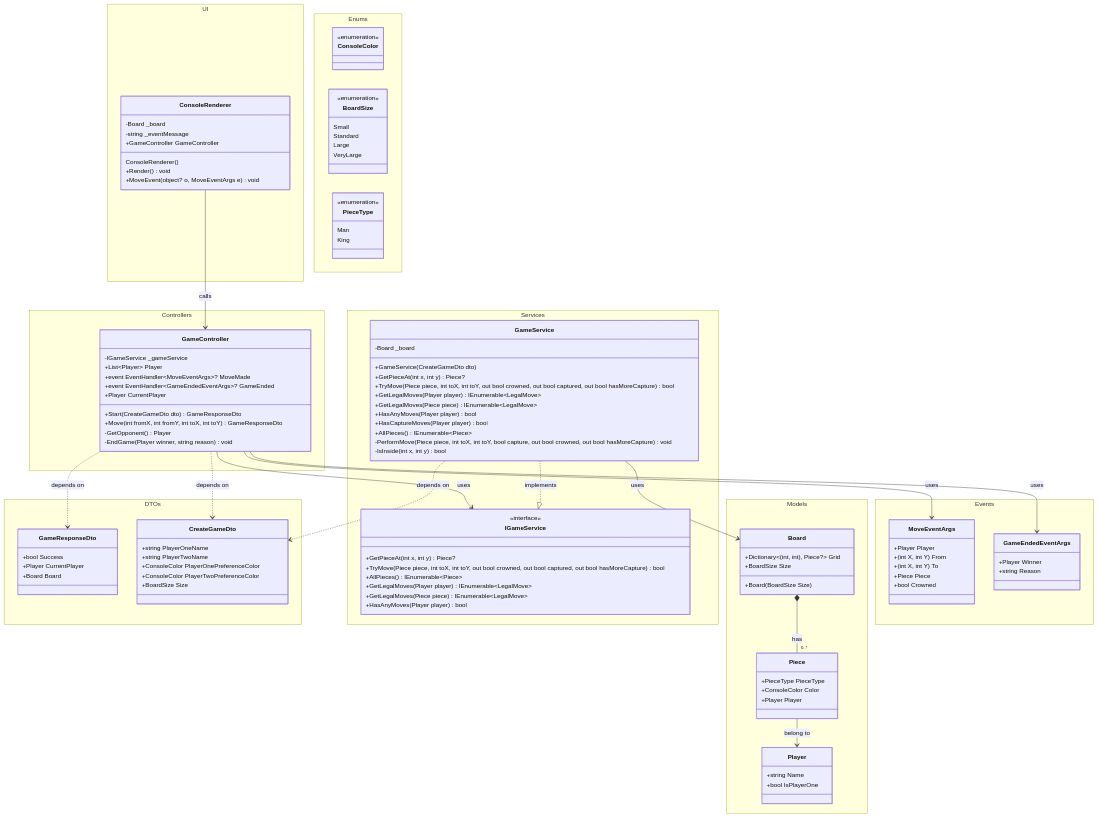
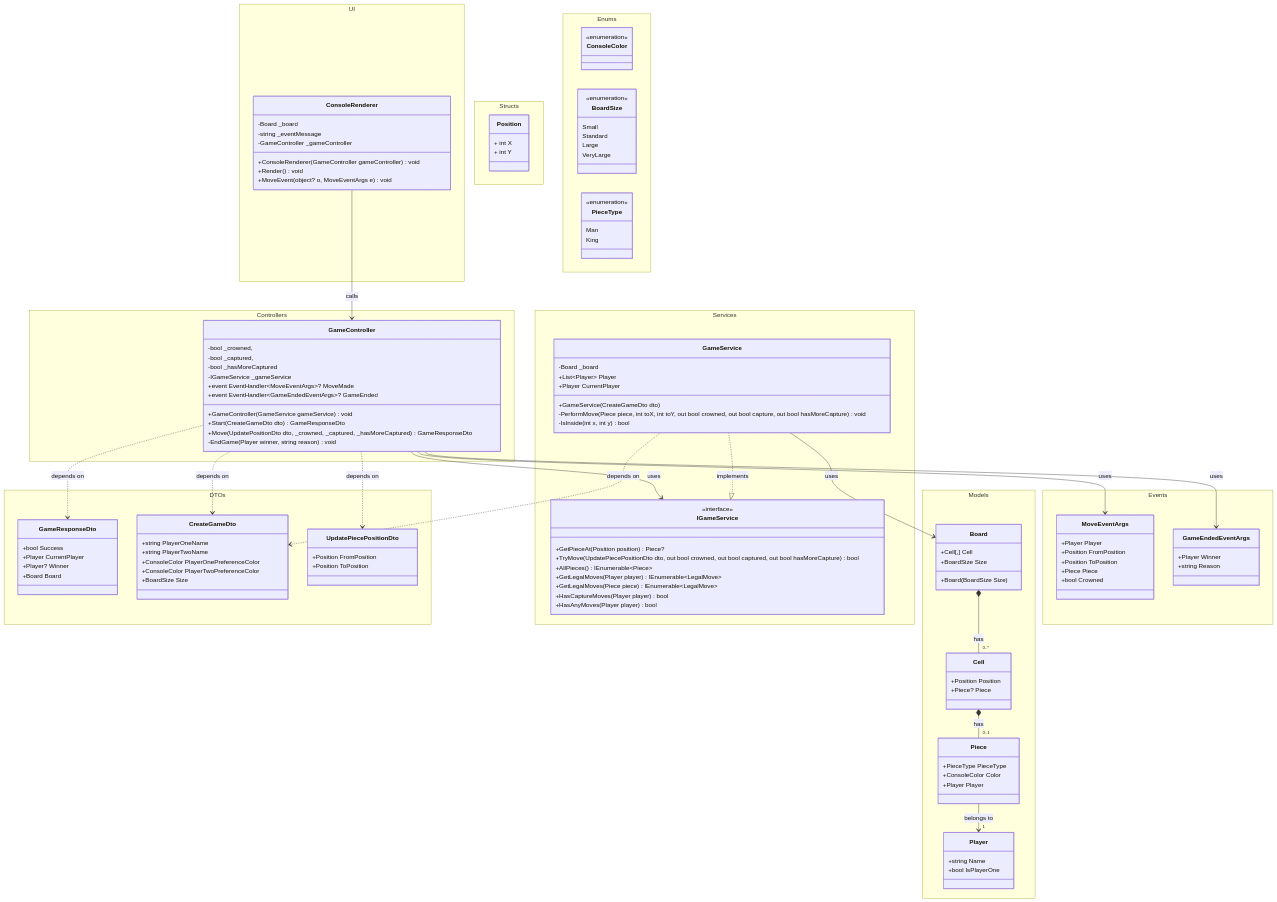
Before and after one commit to BukanRaychan/Formulatrix_CS_Bootcamp_Batch19: the diagram in CheckersBoardGame/CheckersBoardGame.mmd, drawn with Mermaid. The commit also changed 1 other file, not shown here.

Commit message:
fix: update Player and Piece classes to accept parameters for initialization and improve dictionary population in Ngulik

```diff
--- a/CheckersBoardGame/CheckersBoardGame.mmd
+++ b/CheckersBoardGame/CheckersBoardGame.mmd
@@ -1,133 +1,151 @@
 classDiagram
     namespace UI {
         class ConsoleRenderer {
             -Board _board
             -string _eventMessage
-            +GameController GameController
-            ConsoleRenderer()
+            -GameController _gameController
+            +ConsoleRenderer(GameController gameController) void
             +Render() void
             +MoveEvent(object? o, MoveEventArgs e) void
         }
     }
 
     namespace DTOs {
         class GameResponseDto {
             +bool Success
             +Player CurrentPlayer
+            +Player? Winner
             +Board Board 
         }
 
         class CreateGameDto {
             +string PlayerOneName
             +string PlayerTwoName
             +ConsoleColor PlayerOnePreferenceColor
             +ConsoleColor PlayerTwoPreferenceColor
             +BoardSize Size
         }
+
+        class UpdatePiecePositionDto {
+            +Position FromPosition
+            +Position ToPosition
+        }
     }
 
     namespace Controllers {
         class GameController {
+            -bool _crowned,
+            -bool _captured,
+            -bool _hasMoreCaptured
             -IGameService _gameService            
-            +List~Player~ Player
             +event EventHandler~MoveEventArgs~? MoveMade
             +event EventHandler~GameEndedEventArgs~? GameEnded
-            +Player CurrentPlayer
+            +GameController(GameService gameService) void
             +Start(CreateGameDto dto) GameResponseDto
-            +Move(int fromX, int fromY, int toX, int toY) GameResponseDto
-            -GetOpponent() Player
+            +Move(UpdatePositionDto dto, _crowned, _captured, _hasMoreCaptured) GameResponseDto
             -EndGame(Player winner, string reason) void
         }
     }
     
     namespace Services {
         class IGameService {
             <<interface>>
-            +GetPieceAt(int x, int y) Piece?
-            +TryMove(Piece piece, int toX, int toY, out bool crowned, out bool captured, out bool hasMoreCapture) bool
+            +GetPieceAt(Position position) Piece?
+            +TryMove(UpdatePiecePositionDto dto, out bool crowned, out bool captured, out bool hasMoreCapture) bool
             +AllPieces() IEnumerable~Piece~
             +GetLegalMoves(Player player) IEnumerable~LegalMove~
             +GetLegalMoves(Piece piece) IEnumerable~LegalMove~
+            +HasCaptureMoves(Player player) bool
             +HasAnyMoves(Player player) bool
         }
         
         class GameService {
             -Board _board
+            +List~Player~ Player
+            +Player CurrentPlayer
             +GameService(CreateGameDto dto)
-            +GetPieceAt(int x, int y) Piece?
-            +TryMove(Piece piece, int toX, int toY, out bool crowned, out bool captured, out bool hasMoreCapture) bool
-            +GetLegalMoves(Player player) IEnumerable~LegalMove~
-            +GetLegalMoves(Piece piece) IEnumerable~LegalMove~
-            +HasAnyMoves(Player player) bool
-            +HasCaptureMoves(Player player) bool
-            +AllPieces() IEnumerable~Piece~
-            -PerformMove(Piece piece, int toX, int toY, bool capture, out bool crowned, out bool hasMoreCapture) void
+            -PerformMove(Piece piece, int toX, int toY, out bool crowned, out bool capture, out bool hasMoreCapture) void
             -IsInside(int x, int y) bool
         }
     }
     
     namespace Models {
         class Board {
-            +Dictionary#lt;#40;int, int#41;, Piece?#gt; Grid 
+            +Cell[,] Cell 
             +BoardSize Size
             
             +Board(BoardSize Size)
         }
+
+        class Cell {
+            +Position Position
+            +Piece? Piece
+        }
+
         class Piece {
             +PieceType PieceType
-            +ConsoleColor Color
+            +ConsoleColor Color 
             +Player Player
         }
 
         class Player {
             +string Name
             +bool IsPlayerOne    
         }
     }
 
+    namespace Structs {
+        class Position{
+            + int X
+            + int Y
+        }
+    }
+
     namespace Events {
         class MoveEventArgs {
             +Player Player
-            +#40;int X, int Y#41; From
-            +#40;int X, int Y#41; To
+            +Position FromPosition
+            +Position ToPosition
             +Piece Piece
             +bool Crowned
         }
 
         class GameEndedEventArgs {
             +Player Winner
             +string Reason
         }
     }
 
     namespace Enums {
         class ConsoleColor {
             <<enumeration>>
         }
 
         class BoardSize {
             <<enumeration>>
             Small
             Standard
             Large
             VeryLarge
         }
 
         class PieceType {
             <<enumeration>>
             Man
             King
         }
     }
 
     ConsoleRenderer --> GameController : calls 
     GameController --> IGameService : uses
     GameController --> MoveEventArgs : uses
     GameController --> GameEndedEventArgs : uses
     GameController ..> GameResponseDto: depends on
     GameController ..> CreateGameDto: depends on
+    GameController ..> UpdatePiecePositionDto: depends on
     GameService ..|> IGameService: implements
     GameService ..> CreateGameDto: depends on
     GameService --> Board : uses
-    Board *-- "0..*" Piece: has
-    Piece --> Player: belong to
+    Board *-- "0..*" Cell: has
+    Cell *-- "0..1" Piece: has
+    Piece --> "1"  Player: belongs to
```
